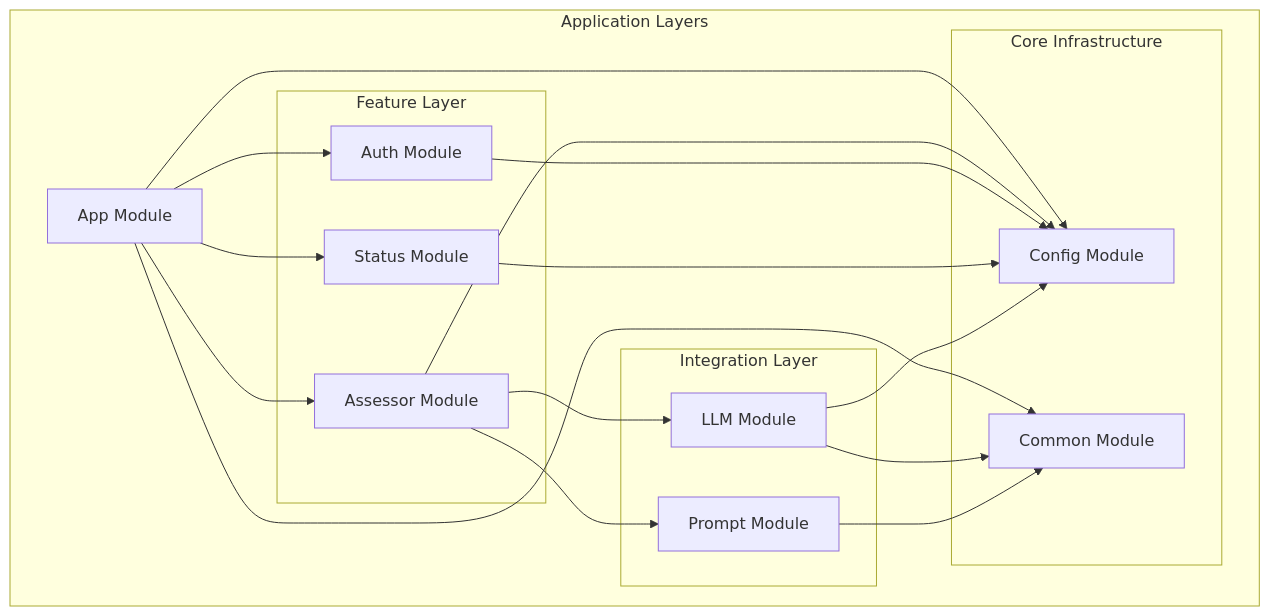
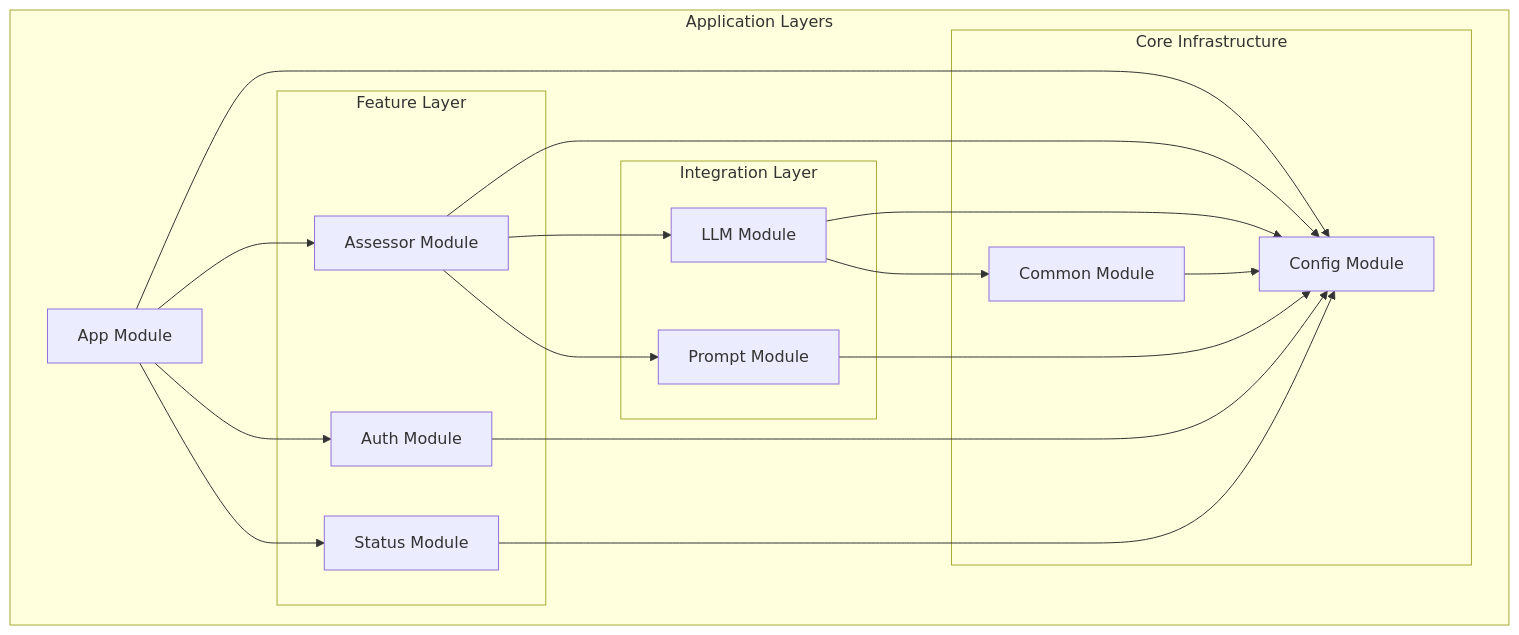
The diagram in docs/architecture/modules.md (h-arnold/AssessmentBot-LLM-Service), drawn with Mermaid before and after one commit. The commit also changed other lines of this file and 48 other files, not shown here.

````diff
--- a/docs/architecture/modules.md
+++ b/docs/architecture/modules.md
@@ -45,41 +47,42 @@
 ```mermaid
 graph TD
     subgraph "Application Layers"
         APP[App Module]
 
         subgraph "Core Infrastructure"
             CONFIG[Config Module]
             COMMON[Common Module]
         end
 
         subgraph "Feature Layer"
             ASSESSOR[Assessor Module]
             AUTH[Auth Module]
             STATUS[Status Module]
         end
 
         subgraph "Integration Layer"
             LLM[LLM Module]
             PROMPT[Prompt Module]
         end
     end
 
     APP --> CONFIG
-    APP --> COMMON
     APP --> ASSESSOR
     APP --> AUTH
     APP --> STATUS
+
+    COMMON --> CONFIG
 
     ASSESSOR --> CONFIG
     ASSESSOR --> LLM
     ASSESSOR --> PROMPT
 
     AUTH --> CONFIG
 
     STATUS --> CONFIG
 
     LLM --> CONFIG
     LLM --> COMMON
 
-    PROMPT --> COMMON
+    PROMPT --> CONFIG
 ```
````
